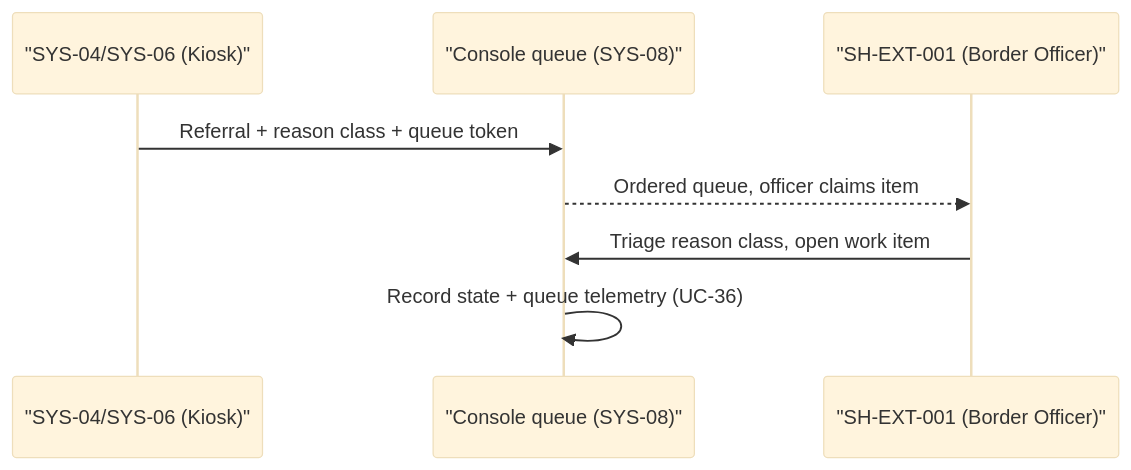
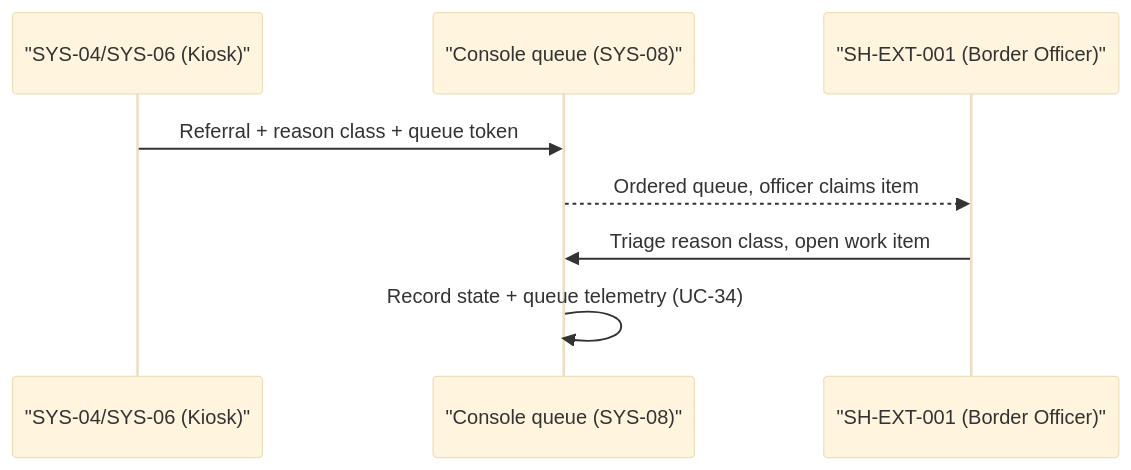
Before and after one commit to pauloribeiro16/Methodology_compact: the ninth of 19 diagrams in 02_CASES/Case_02_SecureBorder_Solutions/03_PHASE3_DECOMPOSITION/annexes/B_Sequence_Diagrams.md, drawn with Mermaid (base theme). The commit also changed other lines of this file and 12 other files, not shown here.

Commit message:
[EXECUTOR] F3 ledger-zero C2: 2 borderline re-laned (UC-30/33 → CAP-11/12, P7) + product renumber UC-16..34; Doc21 v1.7 (34 UCs) + Doc31 v1.3 (12 CAP cards + articulation) + annexes/SVGs re-rendered; gates: verify_rich 8/8 (34=34), audit 100%, mermaid 196/196

````diff
--- a/02_CASES/Case_02_SecureBorder_Solutions/03_PHASE3_DECOMPOSITION/annexes/B_Sequence_Diagrams.md
+++ b/02_CASES/Case_02_SecureBorder_Solutions/03_PHASE3_DECOMPOSITION/annexes/B_Sequence_Diagrams.md
@@ -130,10 +130,10 @@
 ```mermaid
 sequenceDiagram
     participant KIOSK as "SYS-04/SYS-06 (Kiosk)"
     participant CON as "Console queue (SYS-08)"
     participant OFFR as "SH-EXT-001 (Border Officer)"
     KIOSK->>CON: Referral + reason class + queue token
     CON-->>OFFR: Ordered queue, officer claims item
     OFFR->>CON: Triage reason class, open work item
-    CON->>CON: Record state + queue telemetry (UC-36)
+    CON->>CON: Record state + queue telemetry (UC-34)
 ```
````
